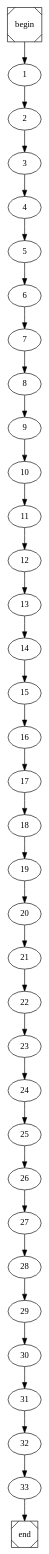
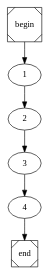
The diagram in main.dot (SergioEstevao11/FEUP-COMP), drawn with Graphviz before and after one commit. The commit also changed 4 other files, not shown here.

```diff
--- a/main.dot
+++ b/main.dot
@@ -1,4 +1,4 @@
 digraph cfg {
 	begin [shape=Msquare];
 	end [shape=Msquare];
-	begin -> 1;	1 -> 2;	2 -> 3;	3 -> 4;	4 -> 5;	5 -> 6;	6 -> 7;	7 -> 8;	8 -> 9;	9 -> 10;	10 -> 11;	11 -> 12;	12 -> 13;	13 -> 14;	14 -> 15;	15 -> 16;	16 -> 17;	17 -> 18;	18 -> 19;	19 -> 20;	20 -> 21;	21 -> 22;	22 -> 23;	23 -> 24;	24 -> 25;	25 -> 26;	26 -> 27;	27 -> 28;	28 -> 29;	29 -> 30;	30 -> 31;	31 -> 32;	32 -> 33;	33 -> end;}
+	begin -> 1;	1 -> 2;	2 -> 3;	3 -> 4;	4 -> end;}
```
